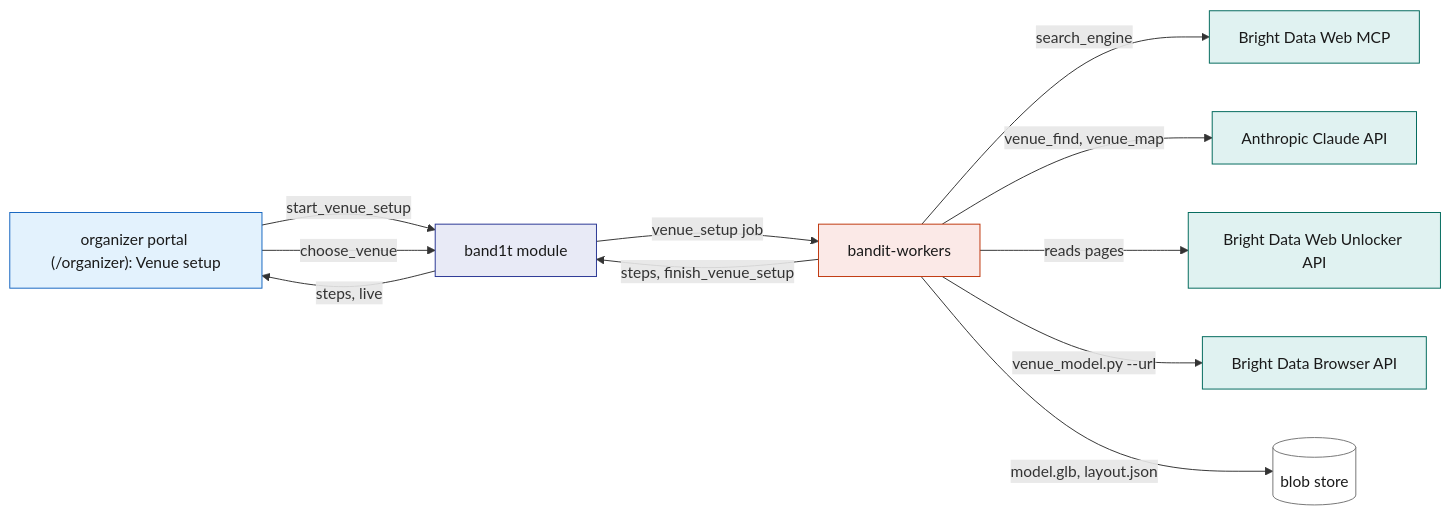
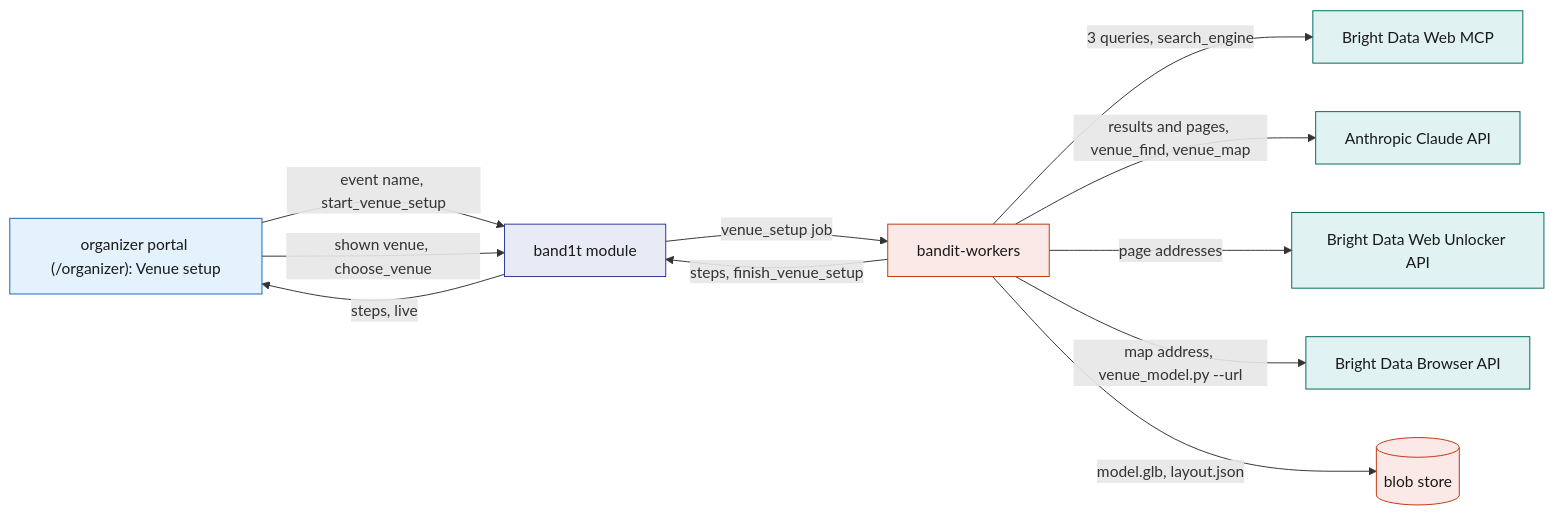
The fourth of 6 diagrams in System Design/7-integrations/Bright-Data.md (viktorinkov/cal-hacks-13), drawn with Mermaid before and after one commit. The commit also changed other lines of this file and 5 other files, not shown here.

````diff
--- a/System Design/7-integrations/Bright-Data.md
+++ b/System Design/7-integrations/Bright-Data.md
@@ -232,23 +220,21 @@
 ```mermaid
 flowchart LR
-  ORG["organizer portal (/organizer): Venue setup"] -->|"start_venue_setup"| MOD["band1t module"]
+  ORG["organizer portal (/organizer): Venue setup"] -->|"event name, start_venue_setup"| MOD["band1t module"]
   MOD -->|"venue_setup job"| W["bandit-workers"]
-  W -->|"search_engine"| MCP["Bright Data Web MCP"]
-  W -->|"venue_find, venue_map"| CL["Anthropic Claude API"]
-  W -->|"reads pages"| WU["Bright Data Web Unlocker API"]
-  W -->|"venue_model.py --url"| BR["Bright Data Browser API"]
+  W -->|"3 queries, search_engine"| MCP["Bright Data Web MCP"]
+  W -->|"results and pages, venue_find, venue_map"| CL["Anthropic Claude API"]
+  W -->|"page addresses"| WU["Bright Data Web Unlocker API"]
+  W -->|"map address, venue_model.py --url"| BR["Bright Data Browser API"]
   W -->|"model.glb, layout.json"| BLOB[("blob store")]
   W -->|"steps, finish_venue_setup"| MOD
   MOD -->|"steps, live"| ORG
-  ORG -->|"choose_venue"| MOD
+  ORG -->|"shown venue, choose_venue"| MOD
   classDef ext fill:#E0F2F1,stroke:#00695C,color:#1A1A1A
   classDef web fill:#E3F2FD,stroke:#1565C0,color:#1A1A1A
   classDef stdb fill:#E8EAF6,stroke:#283593,color:#1A1A1A
   classDef rust fill:#FBE9E7,stroke:#BF360C,color:#1A1A1A
-  classDef plain fill:#FFFFFF,stroke:#757575,color:#1A1A1A
   class MCP,CL,WU,BR ext
   class ORG web
   class MOD stdb
-  class W rust
-  class BLOB plain
+  class W,BLOB rust
 ```
````
